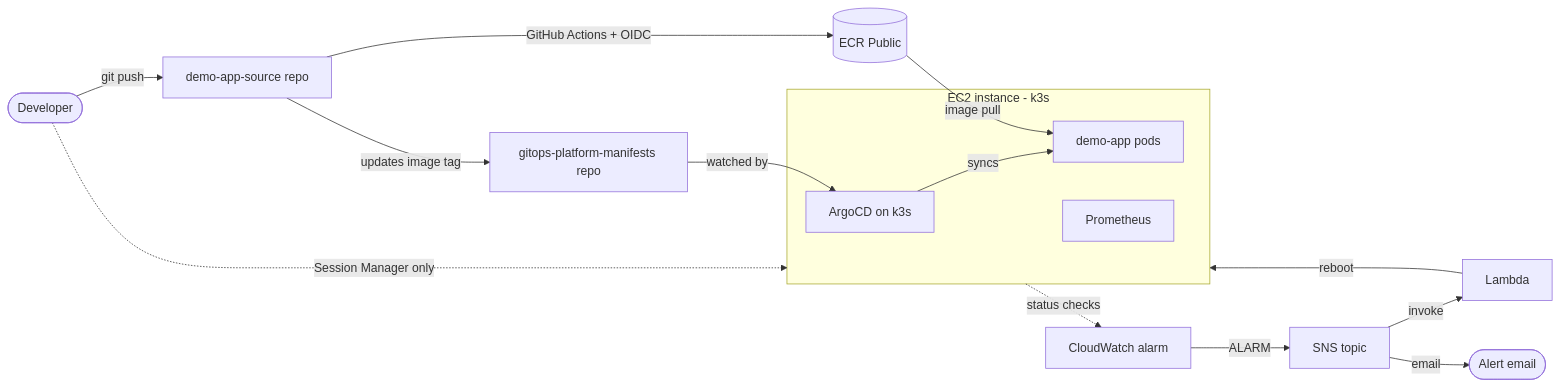
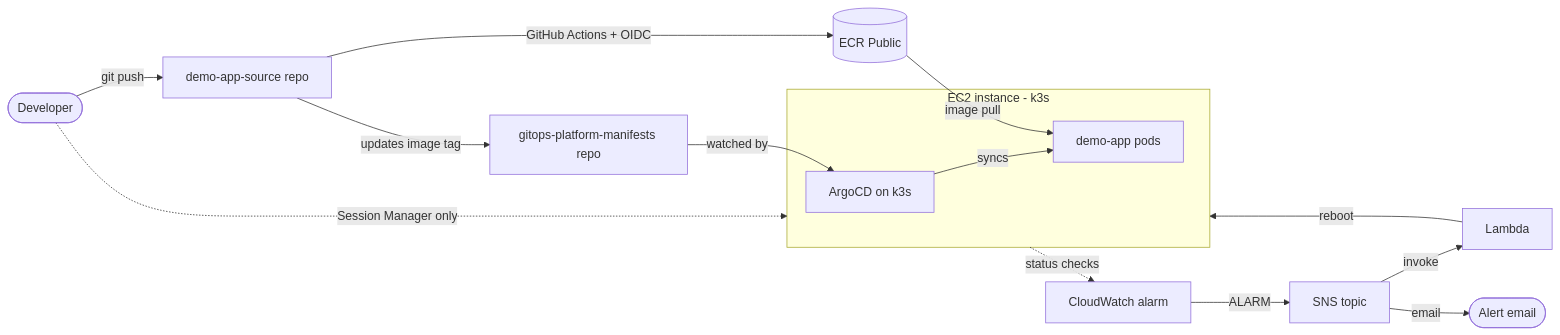
One commit to Harish5273/gitops-platform-infra changed the diagram in README.md. Above: the diagram before and after it, drawn with Mermaid. The commit also changed other lines of this file, not shown here.

````diff
--- a/README.md
+++ b/README.md
@@ -8,23 +8,22 @@
 ```mermaid
 flowchart LR
     Dev([Developer]) -->|git push| App[demo-app-source repo]
     App -->|GitHub Actions + OIDC| ECR[(ECR Public)]
     App -->|updates image tag| Man[gitops-platform-manifests repo]
     Man -->|watched by| Argo[ArgoCD on k3s]
     Argo -->|syncs| Pods[demo-app pods]
     ECR -->|image pull| Pods
 
     subgraph EC2[EC2 instance - k3s]
         Argo
         Pods
-        Prom[Prometheus]
     end
 
     CW[CloudWatch alarm] -->|ALARM| SNS[SNS topic]
     SNS -->|invoke| Lam[Lambda]
     SNS -->|email| Me([Alert email])
     Lam -->|reboot| EC2
     EC2 -.status checks.-> CW
 
     Dev -.Session Manager only.-> EC2
 ```
````
